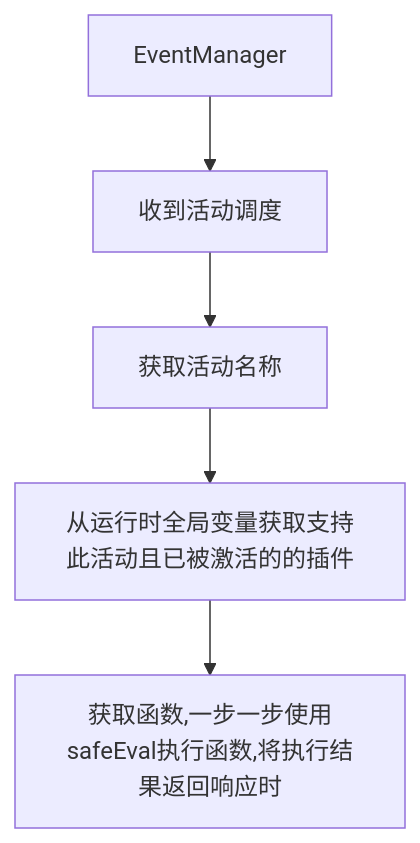
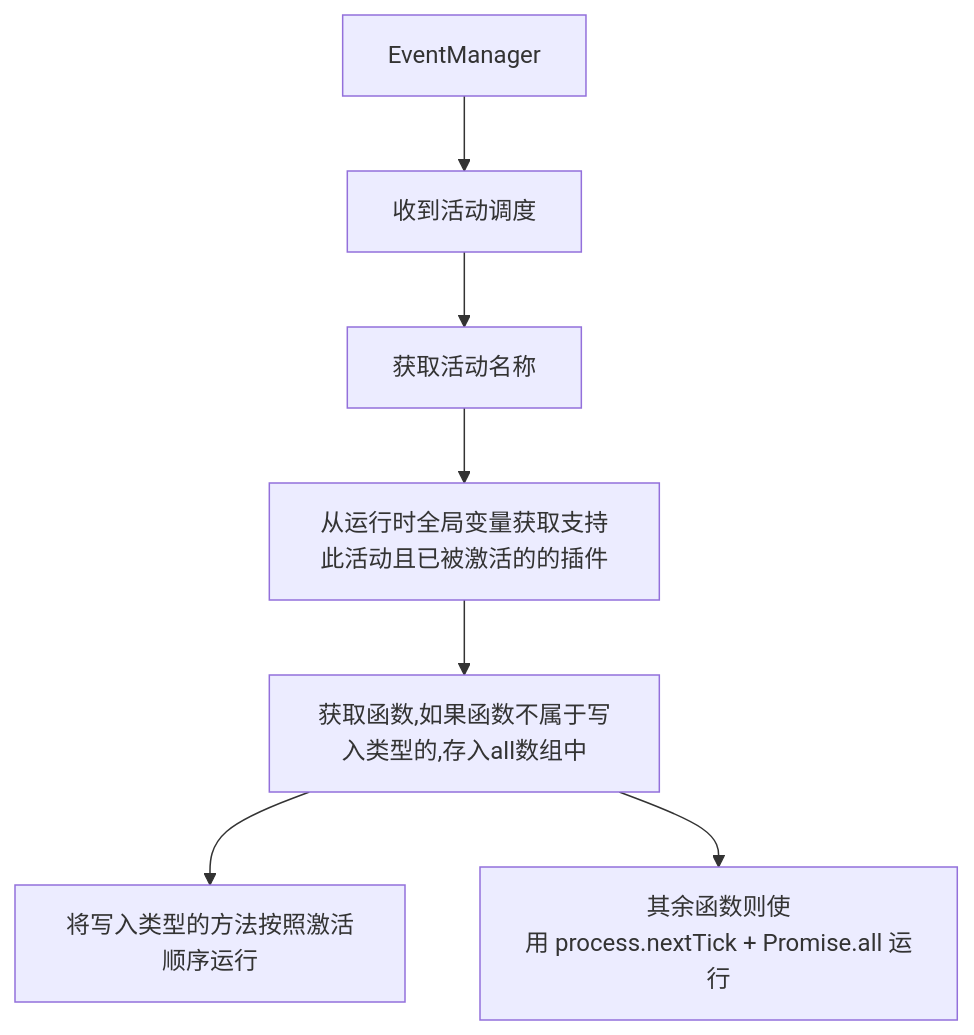
One commit to mogland/rfcs changed the second of 2 diagrams in active-rfcs/0001-plugin-ststem.md. Above: the diagram before and after it, drawn with Mermaid. The commit also changed other lines of this file, not shown here.

````diff
--- a/active-rfcs/0001-plugin-ststem.md
+++ b/active-rfcs/0001-plugin-ststem.md
@@ -198,7 +198,8 @@
 ```mermaid
 flowchart TD;
 EventManager --> 收到活动调度
 收到活动调度 --> 获取活动名称
 获取活动名称 --> 从运行时全局变量获取支持此活动且已被激活的的插件
-从运行时全局变量获取支持此活动且已被激活的的插件 --> 获取函数,一步一步使用safeEval执行函数,将执行结果返回响应时
+从运行时全局变量获取支持此活动且已被激活的的插件 --> 获取函数,如果函数不属于写入类型的,存入all数组中 --> 将写入类型的方法按照激活顺序运行 
+获取函数,如果函数不属于写入类型的,存入all数组中 --> 其余函数则使用&nbspprocess.nextTick&nbsp+&nbspPromise.all&nbsp运行
 ```
````
